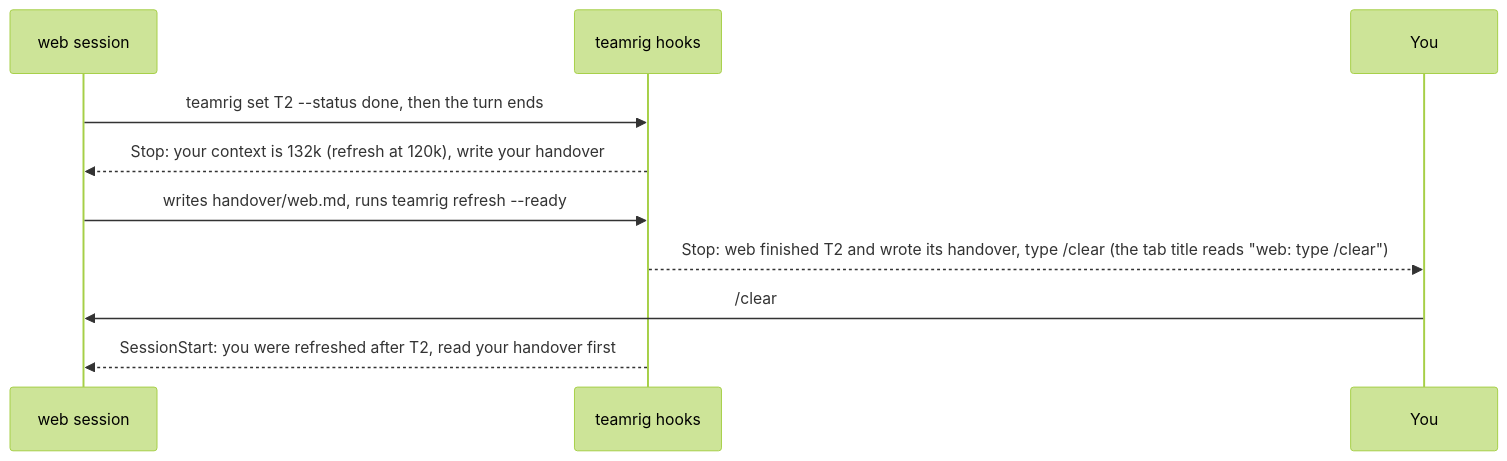
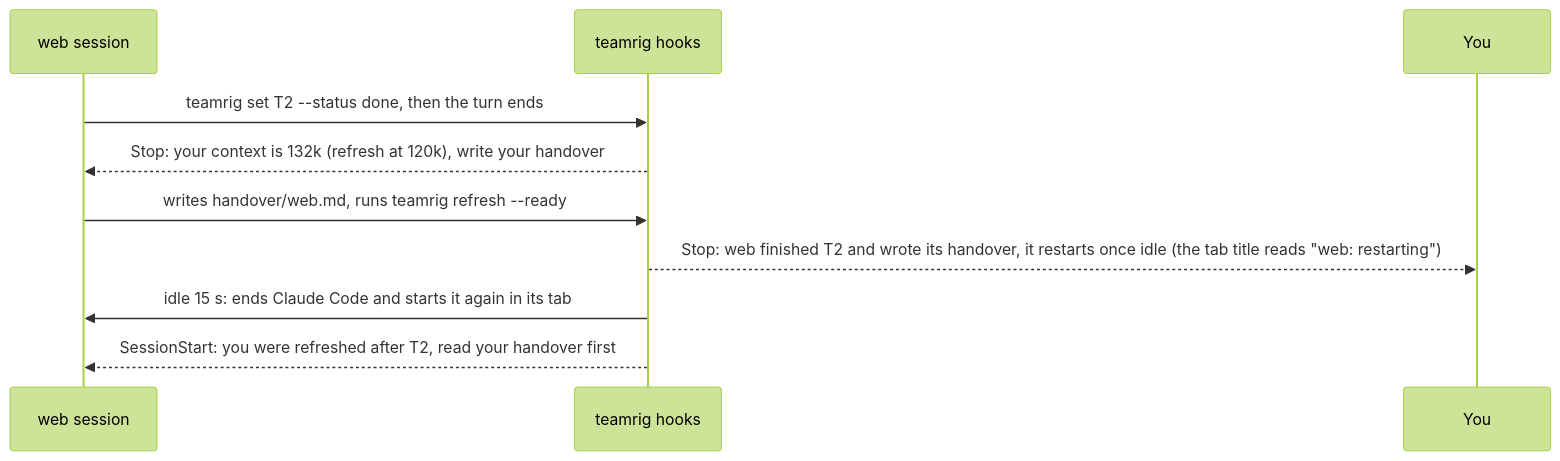
Before and after one commit to GeneralA6/teamrig: the sixth of 9 diagrams in docs/how-it-works.md, drawn with Mermaid (forest theme). The commit also changed other lines of this file and 11 other files, not shown here.

First line of the commit message:
docs: the session restarts by itself after its handover

````diff
--- a/docs/how-it-works.md
+++ b/docs/how-it-works.md
@@ -292,12 +292,12 @@
 ```mermaid
 sequenceDiagram
   participant W as web session
   participant H as teamrig hooks
   participant Y as You
   W->>H: teamrig set T2 --status done, then the turn ends
   H-->>W: Stop: your context is 132k (refresh at 120k), write your handover
   W->>H: writes handover/web.md, runs teamrig refresh --ready
-  H-->>Y: Stop: web finished T2 and wrote its handover, type /clear (the tab title reads "web: type /clear")
-  Y->>W: /clear
+  H-->>Y: Stop: web finished T2 and wrote its handover, it restarts once idle (the tab title reads "web: restarting")
+  H->>W: idle 15 s: ends Claude Code and starts it again in its tab
   H-->>W: SessionStart: you were refreshed after T2, read your handover first
 ```
````
